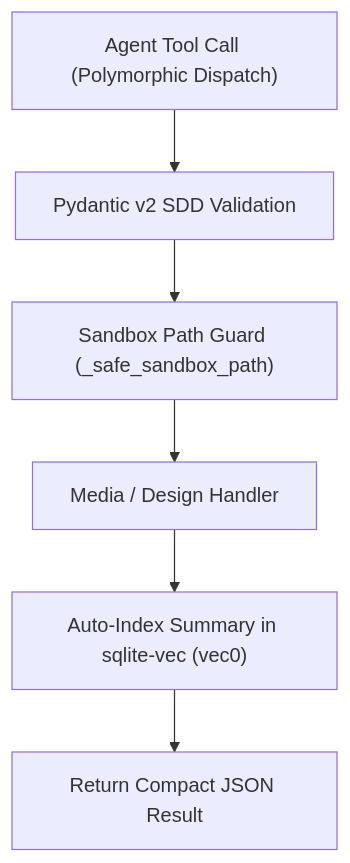
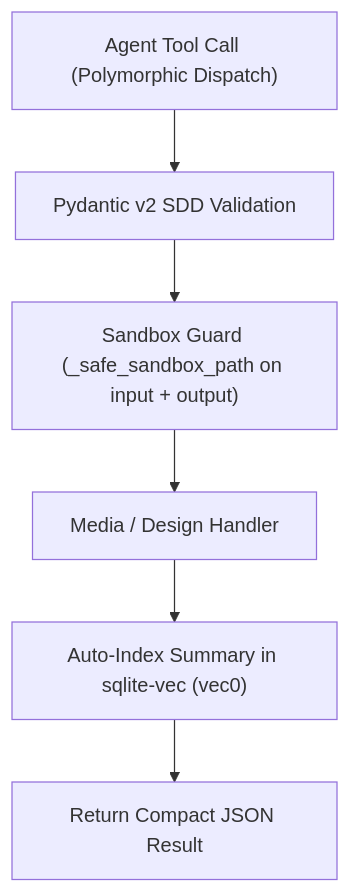
Before and after one commit to ancrz/studio-forge-mcp: the second of 3 diagrams in README.md, drawn with Mermaid. The commit also changed other lines of this file and 2 other files, not shown here.

Commit message:
docs: add Apache-2.0 license, tech stack, Mermaid graphs, and back-to-top links

````diff
--- a/README.md
+++ b/README.md
@@ -43,8 +53,8 @@
 ```mermaid
 flowchart TD
     REQ["Agent Tool Call (Polymorphic Dispatch)"] --> SDD["Pydantic v2 SDD Validation"]
-    SDD --> GUARD["Sandbox Path Guard (_safe_sandbox_path)"]
+    SDD --> GUARD["Sandbox Guard (_safe_sandbox_path on input + output)"]
     GUARD --> EXEC["Media / Design Handler"]
     EXEC --> IDX["Auto-Index Summary in sqlite-vec (vec0)"]
     IDX --> COMPACT["Return Compact JSON Result"]
 ```
````
